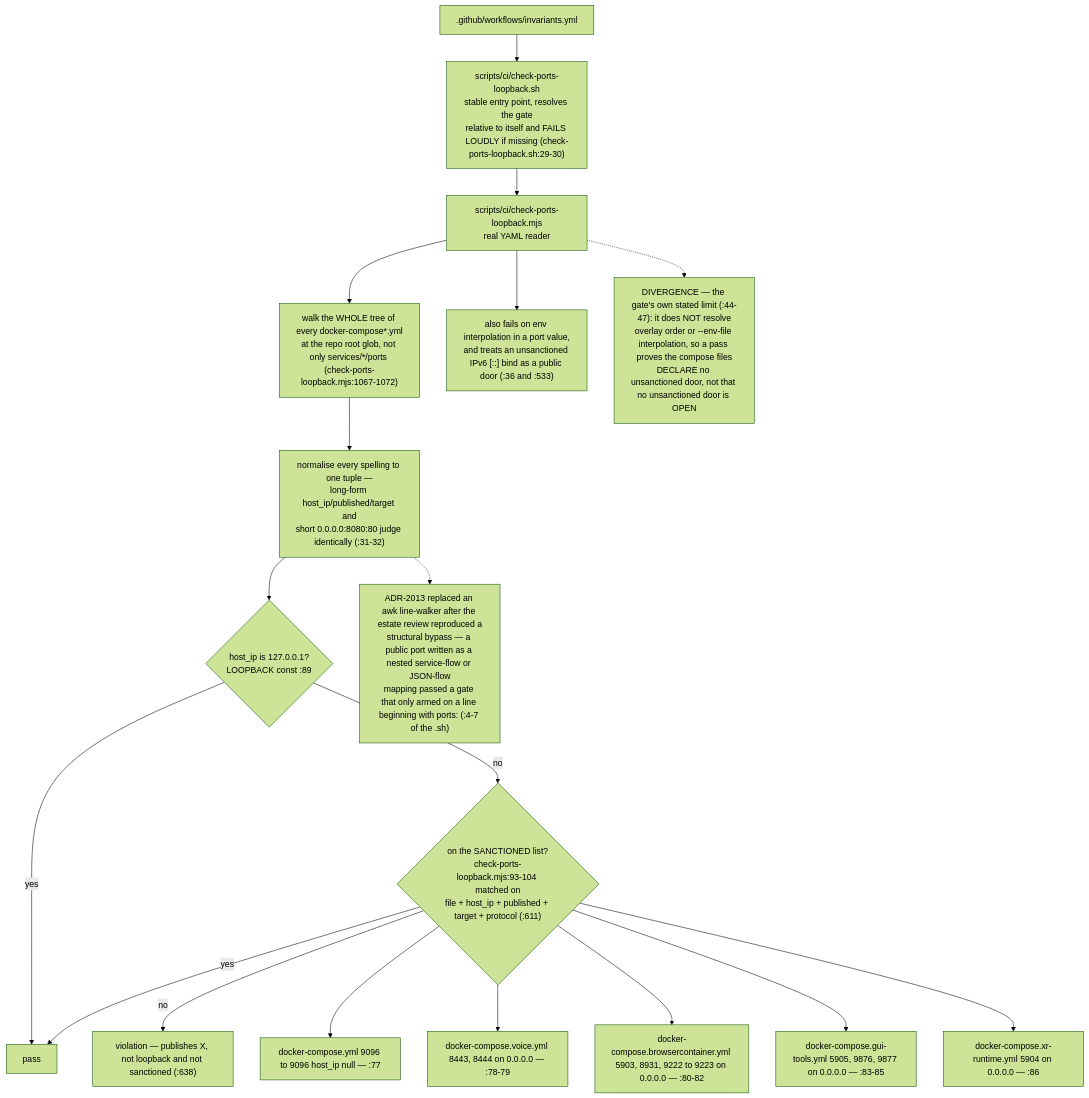
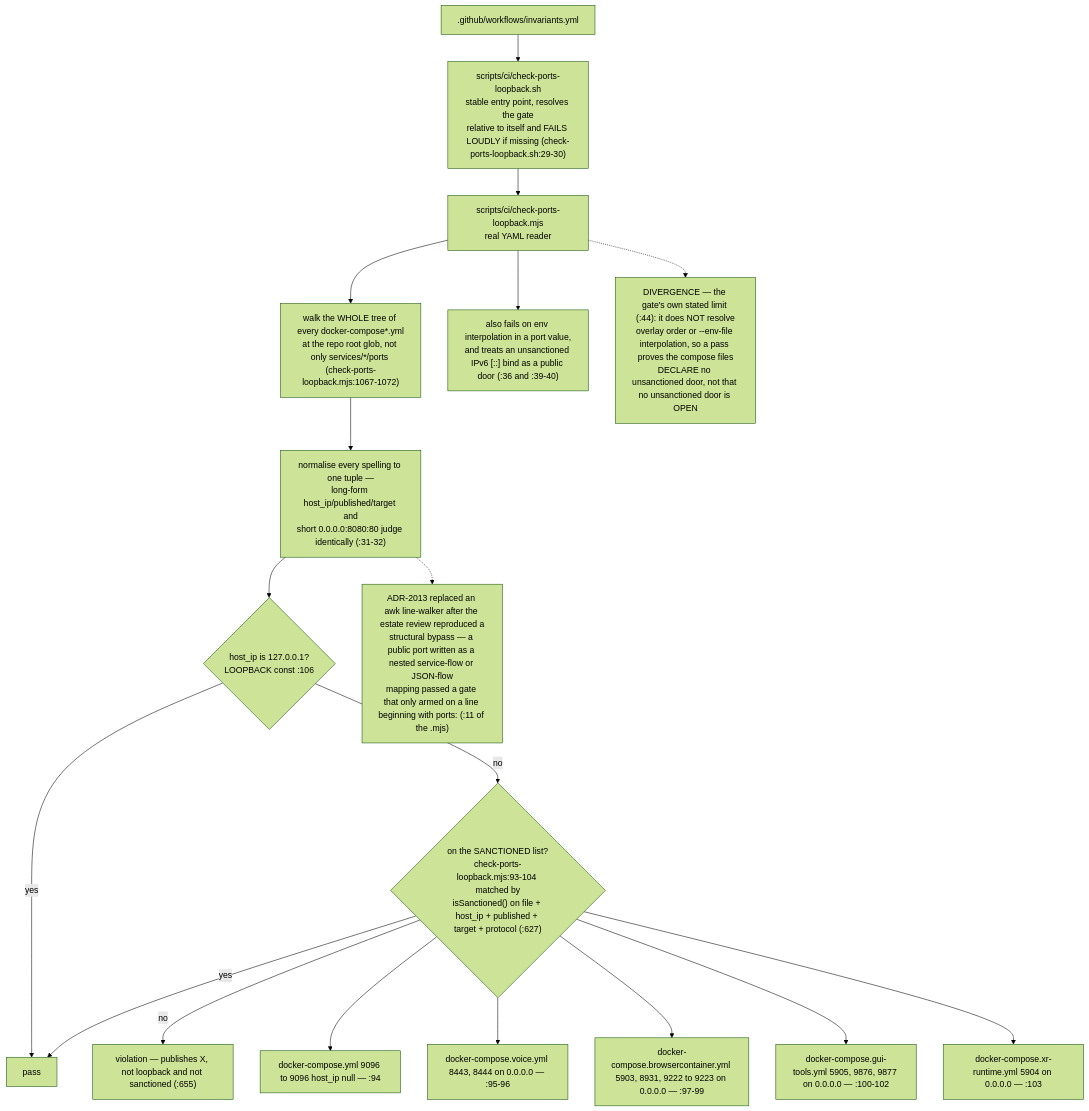
The second of 11 diagrams in docs/diagrams/agentbox/06-sidecars-and-compose-overlays.md (DreamLab-AI/VisionFlow), drawn with Mermaid (forest theme) before and after one commit. The commit also changed other lines of this file and 136 other files, not shown here.

First line of the commit message:
docs(diagrams): refresh the whole corpus to code HEAD and prune low-value diagrams

````diff
--- a/docs/diagrams/agentbox/06-sidecars-and-compose-overlays.md
+++ b/docs/diagrams/agentbox/06-sidecars-and-compose-overlays.md
@@ -85,20 +77,20 @@
 ```mermaid
 flowchart TD
     CI[".github/workflows/invariants.yml"] --> W["scripts/ci/check-ports-loopback.sh<br/>stable entry point, resolves the gate<br/>relative to itself and FAILS LOUDLY if missing (check-ports-loopback.sh:29-30)"]
     W --> G["scripts/ci/check-ports-loopback.mjs<br/>real YAML reader"]
     G --> WALK["walk the WHOLE tree of every docker-compose*.yml<br/>at the repo root glob, not only services/*/ports (check-ports-loopback.mjs:1067-1072)"]
     WALK --> NORM["normalise every spelling to one tuple —<br/>long-form host_ip/published/target and<br/>short 0.0.0.0:8080:80 judge identically (:31-32)"]
-    NORM --> J{"host_ip is 127.0.0.1?<br/>LOOPBACK const :89"}
+    NORM --> J{"host_ip is 127.0.0.1?<br/>LOOPBACK const :106"}
     J -->|yes| PASS["pass"]
-    J -->|no| S{"on the SANCTIONED list?<br/>check-ports-loopback.mjs:93-104 matched on<br/>file + host_ip + published + target + protocol (:611)"}
+    J -->|no| S{"on the SANCTIONED list?<br/>check-ports-loopback.mjs:93-104 matched by<br/>isSanctioned() on file + host_ip + published + target + protocol (:627)"}
     S -->|yes| PASS
-    S -->|no| FAIL["violation — publishes X, not loopback and not sanctioned (:638)"]
-    S --> L1["docker-compose.yml 9096 to 9096 host_ip null — :77"]
-    S --> L2["docker-compose.voice.yml 8443, 8444 on 0.0.0.0 — :78-79"]
-    S --> L3["docker-compose.browsercontainer.yml 5903, 8931, 9222 to 9223 on 0.0.0.0 — :80-82"]
-    S --> L4["docker-compose.gui-tools.yml 5905, 9876, 9877 on 0.0.0.0 — :83-85"]
-    S --> L5["docker-compose.xr-runtime.yml 5904 on 0.0.0.0 — :86"]
-    G --> ALSO["also fails on env interpolation in a port value,<br/>and treats an unsanctioned IPv6 [::] bind as a public door (:36 and :533)"]
-    G -.-> LIM["DIVERGENCE — the gate's own stated limit (:44-47): it does NOT resolve<br/>overlay order or --env-file interpolation, so a pass proves the compose files<br/>DECLARE no unsanctioned door, not that no unsanctioned door is OPEN"]
-    NORM -.-> HIST["ADR-2013 replaced an awk line-walker after the estate review reproduced a<br/>structural bypass — a public port written as a nested service-flow or JSON-flow<br/>mapping passed a gate that only armed on a line beginning with ports: (:4-7 of the .sh)"]
+    S -->|no| FAIL["violation — publishes X, not loopback and not sanctioned (:655)"]
+    S --> L1["docker-compose.yml 9096 to 9096 host_ip null — :94"]
+    S --> L2["docker-compose.voice.yml 8443, 8444 on 0.0.0.0 — :95-96"]
+    S --> L3["docker-compose.browsercontainer.yml 5903, 8931, 9222 to 9223 on 0.0.0.0 — :97-99"]
+    S --> L4["docker-compose.gui-tools.yml 5905, 9876, 9877 on 0.0.0.0 — :100-102"]
+    S --> L5["docker-compose.xr-runtime.yml 5904 on 0.0.0.0 — :103"]
+    G --> ALSO["also fails on env interpolation in a port value,<br/>and treats an unsanctioned IPv6 [::] bind as a public door (:36 and :39-40)"]
+    G -.-> LIM["DIVERGENCE — the gate's own stated limit (:44): it does NOT resolve<br/>overlay order or --env-file interpolation, so a pass proves the compose files<br/>DECLARE no unsanctioned door, not that no unsanctioned door is OPEN"]
+    NORM -.-> HIST["ADR-2013 replaced an awk line-walker after the estate review reproduced a<br/>structural bypass — a public port written as a nested service-flow or JSON-flow<br/>mapping passed a gate that only armed on a line beginning with ports: (:11 of the .mjs)"]
 ```
````
